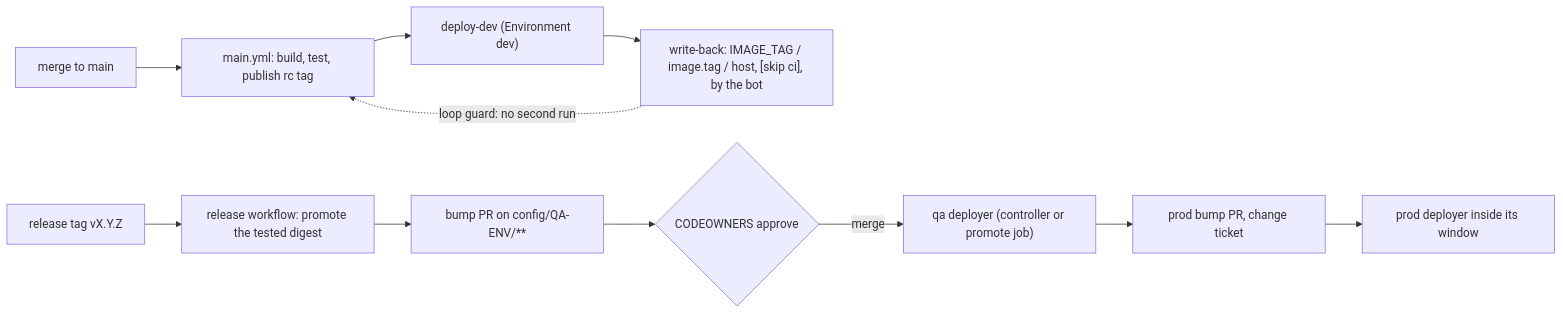
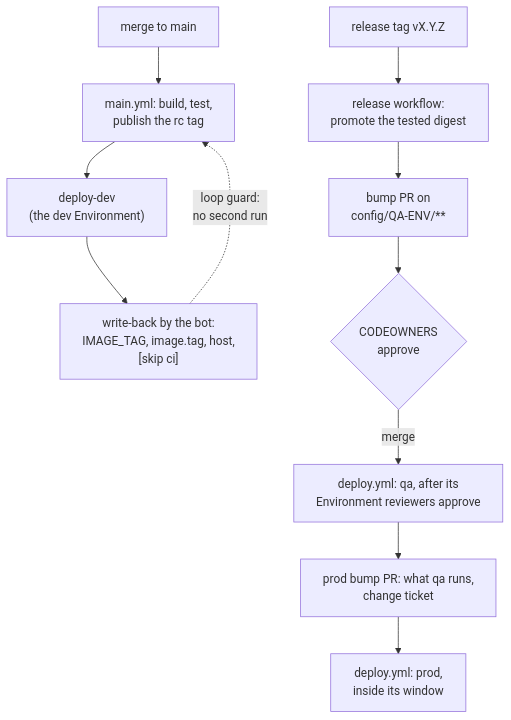
Before and after one commit to crazymatthsu/github-demo: the first of 2 diagrams in .claude/skills/gha-config-deploy/references/promotion.md, drawn with Mermaid. The commit also changed other lines of this file and 35 other files, not shown here.

````diff
--- a/.claude/skills/gha-config-deploy/references/promotion.md
+++ b/.claude/skills/gha-config-deploy/references/promotion.md
@@ -20,12 +21,14 @@
 ```mermaid
-flowchart LR
-  merge["merge to main"] --> main["main.yml: build, test, publish rc tag"]
-  main --> dd["deploy-dev (Environment dev)"]
-  dd --> wb["write-back: IMAGE_TAG / image.tag / host, [skip ci], by the bot"]
-  wb -. "loop guard: no second run" .-> main
-  tag["release tag vX.Y.Z"] --> rel["release workflow: promote the tested digest"]
-  rel --> pr["bump PR on config/QA-ENV/**"]
-  pr --> ok{"CODEOWNERS approve"}
-  ok -- merge --> qa["qa deployer (controller or promote job)"]
-  qa --> prodpr["prod bump PR, change ticket"] --> prod["prod deployer inside its window"]
+%%{init: {"flowchart": {"wrappingWidth": 320}}}%%
+flowchart TD
+  merge["merge to main"] --> main["main.yml: build, test,<br/>publish the rc tag"]
+  main --> dd["deploy-dev<br/>(the dev Environment)"]
+  dd --> wb["write-back by the bot:<br/>IMAGE_TAG, image.tag, host,<br/>[skip ci]"]
+  wb -. "loop guard:<br/>no second run" .-> main
+  tag["release tag vX.Y.Z"] --> rel["release workflow:<br/>promote the tested digest"]
+  rel --> pr["bump PR on<br/>config/QA-ENV/**"]
+  pr --> ok{"CODEOWNERS<br/>approve"}
+  ok -- merge --> qa["deploy.yml: qa, after its<br/>Environment reviewers approve"]
+  qa --> prodpr["prod bump PR: what qa runs,<br/>change ticket"]
+  prodpr --> prod["deploy.yml: prod,<br/>inside its window"]
 ```
````
